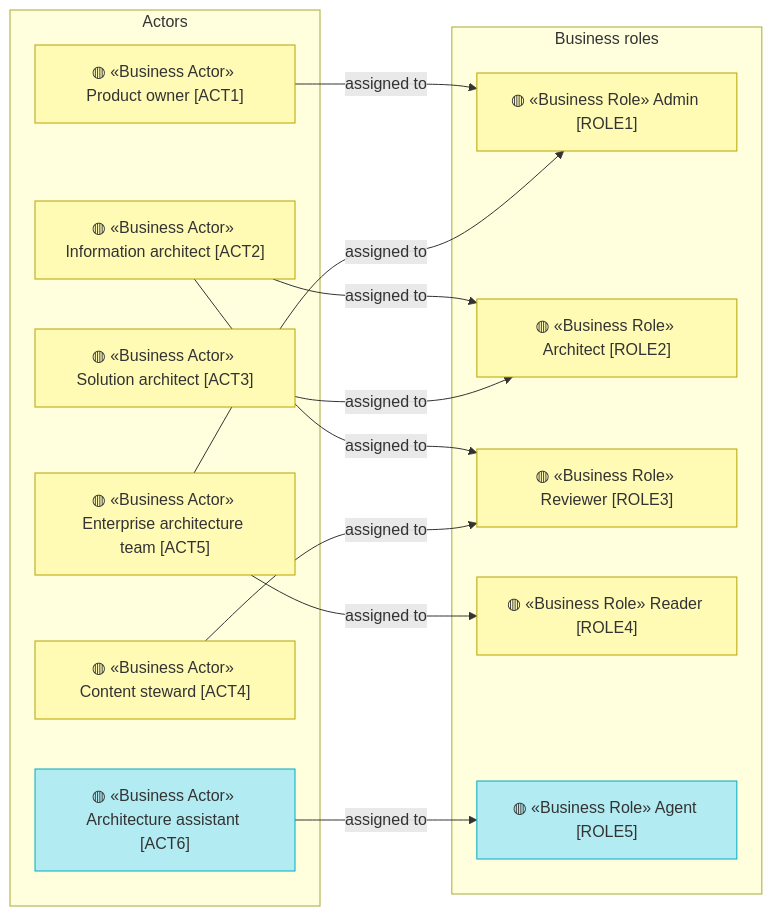
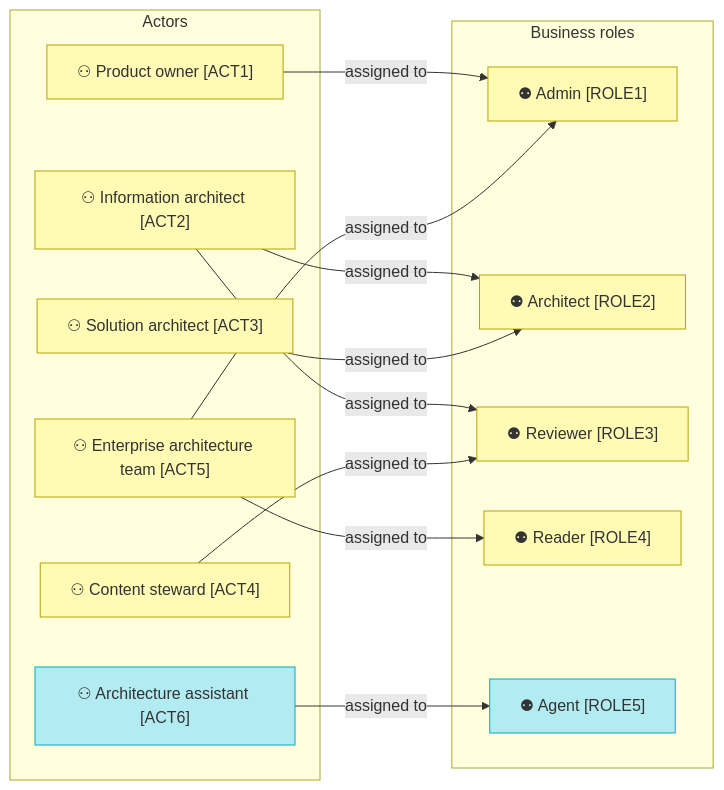
One commit to bocanegratqut/dbx-enterprise-architecture changed the second of 4 diagrams in architecture/2_business/1_actors-and-roles.md. Above: the diagram before and after it, drawn with Mermaid. The commit also changed other lines of this file and 25 other files, not shown here.

````diff
--- a/architecture/2_business/1_actors-and-roles.md
+++ b/architecture/2_business/1_actors-and-roles.md
@@ -13,29 +33,29 @@
 ```mermaid
 flowchart LR
   subgraph ACTORS["Actors"]
-    po["◍ «Business Actor» Product owner [ACT1]"]:::business
-    ia["◍ «Business Actor» Information architect [ACT2]"]:::business
-    sa["◍ «Business Actor» Solution architect [ACT3]"]:::business
-    st["◍ «Business Actor» Content steward [ACT4]"]:::business
-    eat["◍ «Business Actor» Enterprise architecture team [ACT5]"]:::business
-    aa["◍ «Business Actor» Architecture assistant [ACT6]"]:::ai
+    po["⚇ Product owner [ACT1]"]:::business
+    ia["⚇ Information architect [ACT2]"]:::business
+    sa["⚇ Solution architect [ACT3]"]:::business
+    st["⚇ Content steward [ACT4]"]:::business
+    eat["⚇ Enterprise architecture team [ACT5]"]:::business
+    aa["⚇ Architecture assistant [ACT6]"]:::ai
   end
   subgraph ROLES["Business roles"]
-    admin["◍ «Business Role» Admin [ROLE1]"]:::business
-    arch["◍ «Business Role» Architect [ROLE2]"]:::business
-    rev["◍ «Business Role» Reviewer [ROLE3]"]:::business
-    reader["◍ «Business Role» Reader [ROLE4]"]:::business
-    agent["◍ «Business Role» Agent [ROLE5]"]:::ai
+    admin["⚉ Admin [ROLE1]"]:::business
+    arch["⚉ Architect [ROLE2]"]:::business
+    rev["⚉ Reviewer [ROLE3]"]:::business
+    reader["⚉ Reader [ROLE4]"]:::business
+    agent["⚉ Agent [ROLE5]"]:::ai
   end
   po -->|assigned to| admin
   ia -->|assigned to| rev
   ia -->|assigned to| arch
   sa -->|assigned to| arch
   st -->|assigned to| rev
   eat -->|assigned to| admin
   eat -->|assigned to| reader
   aa -->|assigned to| agent
 
   classDef business fill:#fffbb5,stroke:#b8a200,color:#333
   classDef ai fill:#b2ebf2,stroke:#00acc1,color:#333
 ```
````
